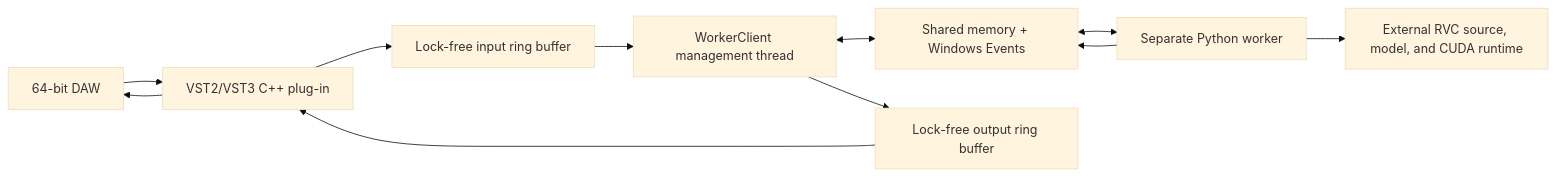
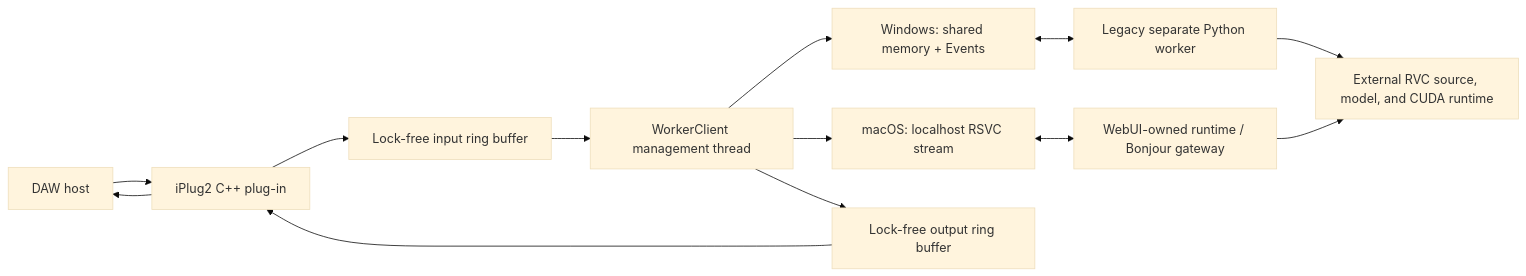
The diagram in RVCRealtime/README.en.md (saitoomituru/Retrieval-based-Voice-Conversion-WebUI), drawn with Mermaid (base theme) before and after one commit. The commit also changed other lines of this file and 10 other files, not shown here.

Commit message:
macOS実装文書とiPlug2正本を現状へ揃える

````diff
--- a/RVCRealtime/README.en.md
+++ b/RVCRealtime/README.en.md
@@ -29,13 +31,15 @@
 ```mermaid
 flowchart LR
-    DAW["64-bit DAW"] --> Plugin["VST2/VST3 C++ plug-in"]
+    DAW["DAW host"] --> Plugin["iPlug2 C++ plug-in"]
     Plugin --> InputRing["Lock-free input ring buffer"]
     InputRing --> Bridge["WorkerClient management thread"]
-    Bridge <--> IPC["Shared memory + Windows Events"]
-    IPC <--> Worker["Separate Python worker"]
+    Bridge --> WIN["Windows: shared memory + Events"]
+    WIN <--> Worker["Legacy separate Python worker"]
+    Bridge --> RSVC["macOS: localhost RSVC stream"]
+    RSVC <--> WebUI["WebUI-owned runtime / Bonjour gateway"]
     Worker --> RVC["External RVC source, model, and CUDA runtime"]
-    Worker --> IPC
+    WebUI --> RVC
     Bridge --> OutputRing["Lock-free output ring buffer"]
     OutputRing --> Plugin
     Plugin --> DAW
 ```
````
